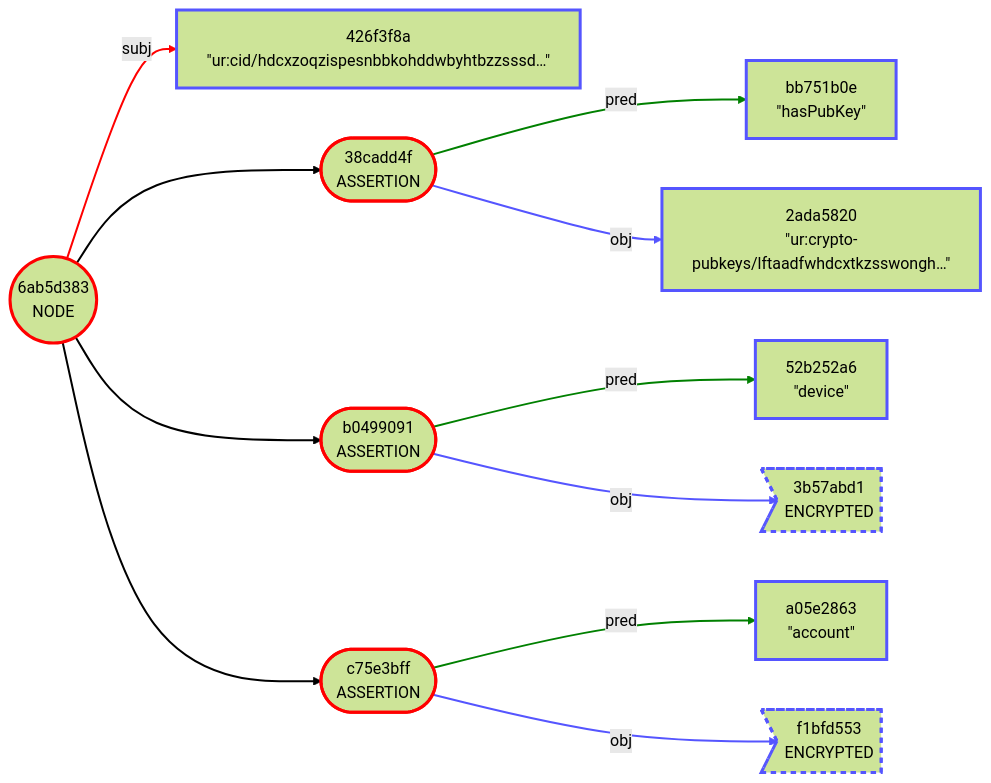
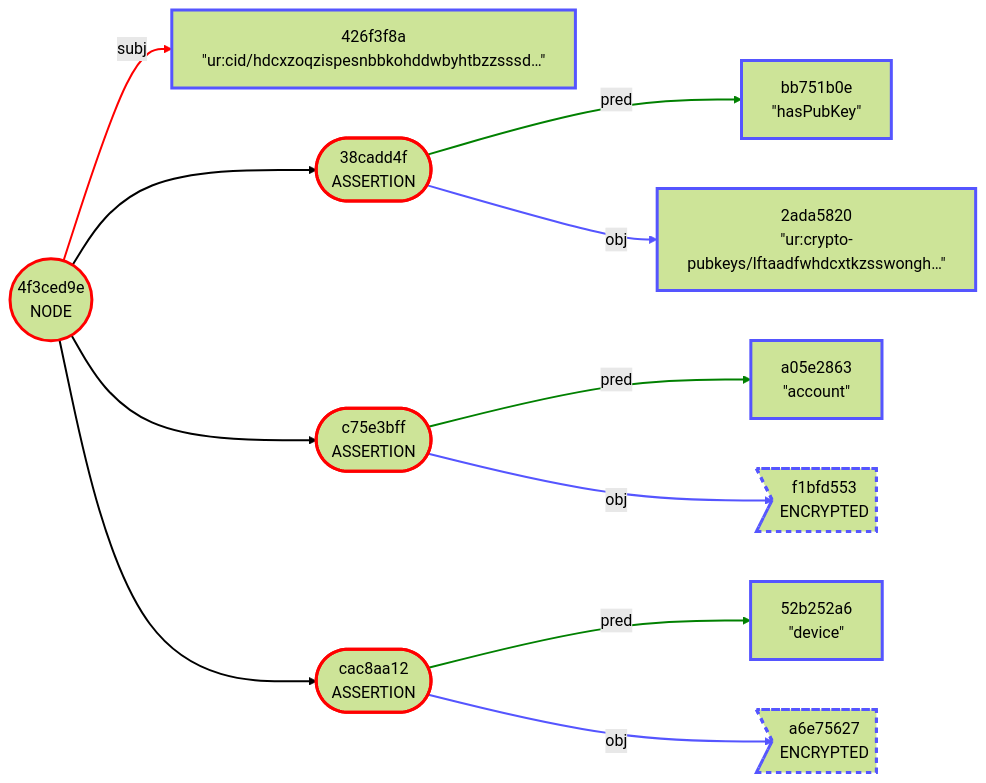
One commit to BlockchainCommons/Gordian changed the first of 8 diagrams in Envelope/Use-Cases/Healthcare.md. Above: the diagram before and after it, drawn with Mermaid (forest theme). The commit also changed other lines of this file and 5 other files, not shown here.

````diff
--- a/Envelope/Use-Cases/Healthcare.md
+++ b/Envelope/Use-Cases/Healthcare.md
@@ -173,45 +176,45 @@
 ```mermaid
 graph LR
-    1(("6ab5d383<br/>NODE"))
+    1(("4f3ced9e<br/>NODE"))
     2["426f3f8a<br/>#quot;ur:cid/hdcxzoqzispesnbbkohddwbyhtbzzsssd…#quot;"]
     3(["38cadd4f<br/>ASSERTION"])
     4["bb751b0e<br/>#quot;hasPubKey#quot;"]
     5["2ada5820<br/>#quot;ur:crypto-pubkeys/lftaadfwhdcxtkzsswongh…#quot;"]
-    6(["b0499091<br/>ASSERTION"])
-    7["52b252a6<br/>#quot;device#quot;"]
-    8>"3b57abd1<br/>ENCRYPTED"]
-    9(["c75e3bff<br/>ASSERTION"])
-    10["a05e2863<br/>#quot;account#quot;"]
-    11>"f1bfd553<br/>ENCRYPTED"]
+    6(["c75e3bff<br/>ASSERTION"])
+    7["a05e2863<br/>#quot;account#quot;"]
+    8>"f1bfd553<br/>ENCRYPTED"]
+    9(["cac8aa12<br/>ASSERTION"])
+    10["52b252a6<br/>#quot;device#quot;"]
+    11>"a6e75627<br/>ENCRYPTED"]
     1 -->|subj| 2
     1 --> 3
     3 -->|pred| 4
     3 -->|obj| 5
     1 --> 6
     6 -->|pred| 7
     6 -->|obj| 8
     1 --> 9
     9 -->|pred| 10
     9 -->|obj| 11
     style 1 stroke:red,stroke-width:3.0px
     style 2 stroke:#55f,stroke-width:3.0px
     style 3 stroke:red,stroke-width:3.0px
     style 4 stroke:#55f,stroke-width:3.0px
     style 5 stroke:#55f,stroke-width:3.0px
     style 6 stroke:red,stroke-width:3.0px
     style 7 stroke:#55f,stroke-width:3.0px
     style 8 stroke:#55f,stroke-width:3.0px,stroke-dasharray:5.0 5.0
     style 9 stroke:red,stroke-width:3.0px
     style 10 stroke:#55f,stroke-width:3.0px
     style 11 stroke:#55f,stroke-width:3.0px,stroke-dasharray:5.0 5.0
     linkStyle 0 stroke:red,stroke-width:2.0px
     linkStyle 1 stroke-width:2.0px
     linkStyle 2 stroke:green,stroke-width:2.0px
     linkStyle 3 stroke:#55f,stroke-width:2.0px
     linkStyle 4 stroke-width:2.0px
     linkStyle 5 stroke:green,stroke-width:2.0px
     linkStyle 6 stroke:#55f,stroke-width:2.0px
     linkStyle 7 stroke-width:2.0px
     linkStyle 8 stroke:green,stroke-width:2.0px
     linkStyle 9 stroke:#55f,stroke-width:2.0px
 ```
````
